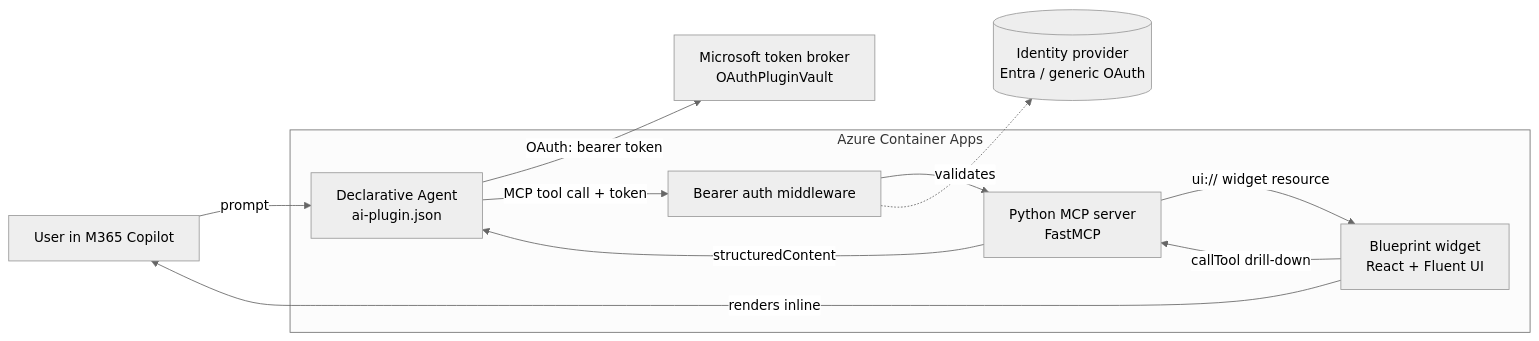
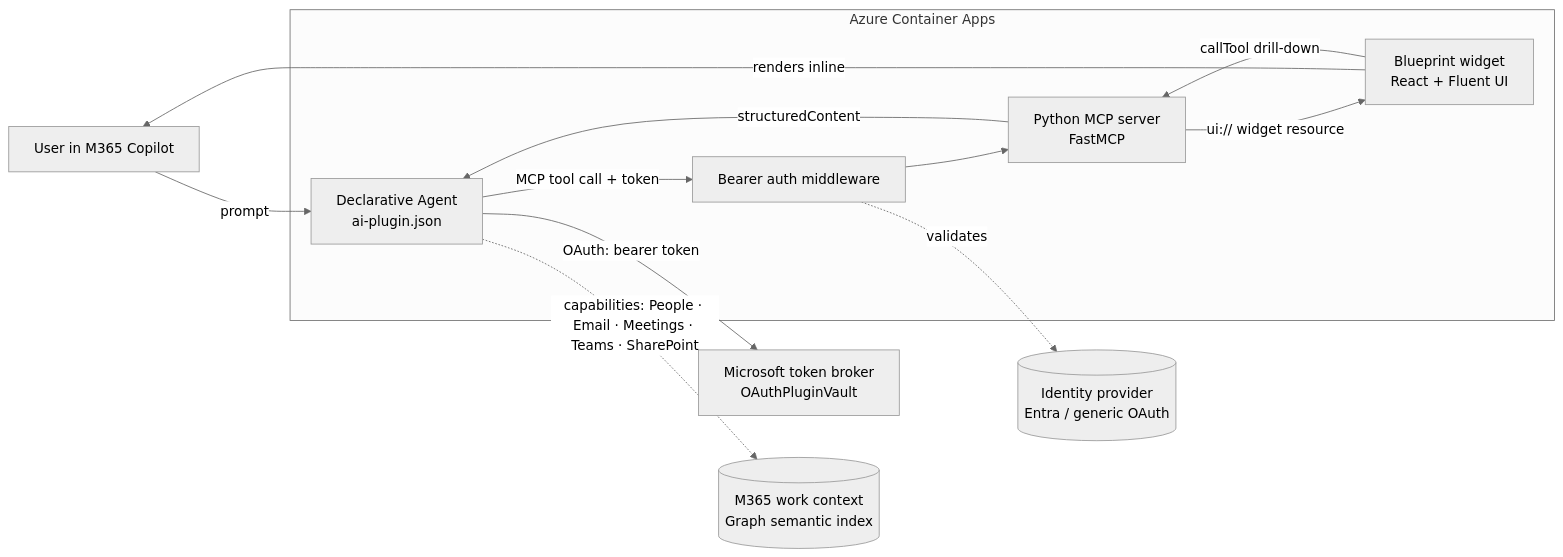
One commit to james-tn/copilot-mcp-app-blueprint changed the diagram in README.md. Above: the diagram before and after it, drawn with Mermaid (neutral theme). The commit also changed other lines of this file and 1 other file, not shown here.

First line of the commit message:
docs: reflect M365 work-context grounding + authoring (Pattern A shipped)

````diff
--- a/README.md
+++ b/README.md
@@ -62,14 +69,15 @@
 ```mermaid
 flowchart LR
     U[User in M365 Copilot] -->|prompt| DA[Declarative Agent<br/>ai-plugin.json]
     DA -->|OAuth: bearer token| BRK[Microsoft token broker<br/>OAuthPluginVault]
     DA -->|MCP tool call + token| MW[Bearer auth middleware]
+    DA -. "capabilities: People · Email · Meetings · Teams · SharePoint" .-> M365[(M365 work context<br/>Graph semantic index)]
     subgraph ACA[Azure Container Apps]
       MW --> MCP[Python MCP server<br/>FastMCP]
       MCP -->|structuredContent| DA
       MCP -->|ui:// widget resource| W[Blueprint widget<br/>React + Fluent UI]
     end
     W -->|renders inline| U
     W -->|callTool drill-down| MCP
     MW -. validates .-> IDP[(Identity provider<br/>Entra / generic OAuth)]
 ```
````
